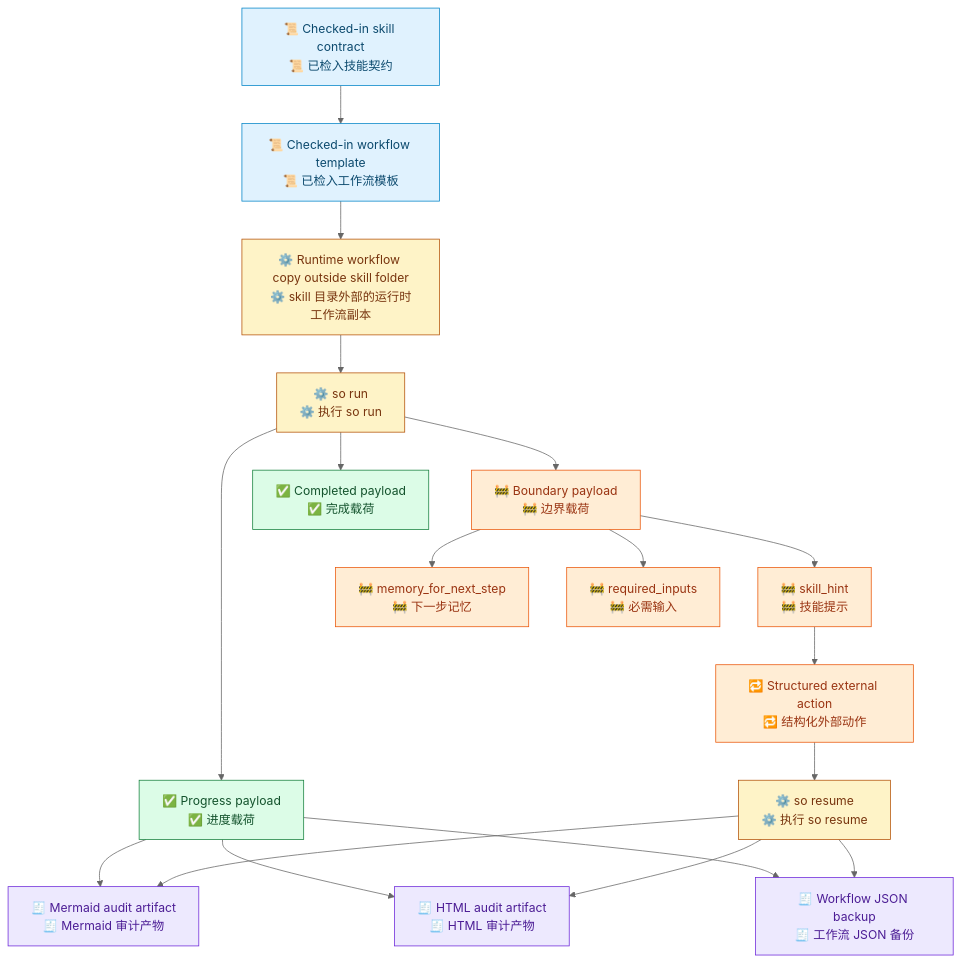
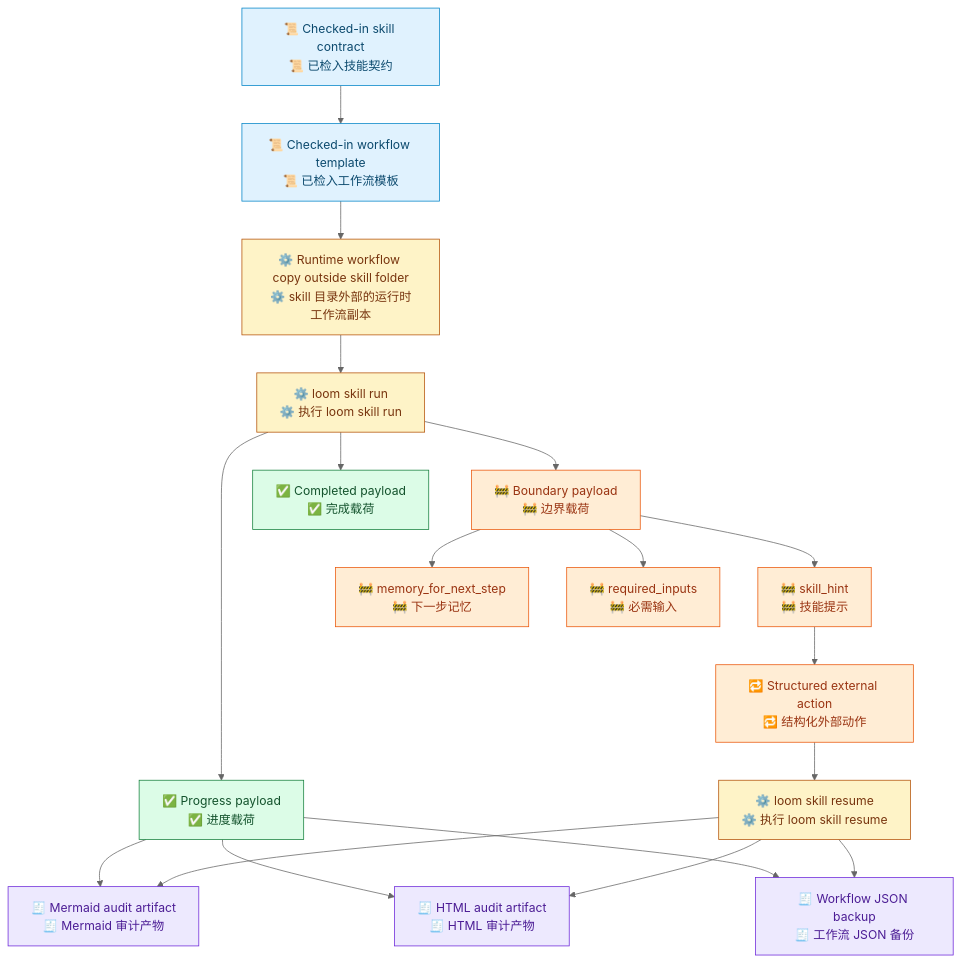
Before and after one commit to waynebaby/Techne-Loom: the second of 2 diagrams in README.zh-CN.md, drawn with Mermaid (neutral theme). The commit also changed other lines of this file and 130 other files, not shown here.

````diff
--- a/README.zh-CN.md
+++ b/README.zh-CN.md
@@ -351,34 +351,34 @@
 ```mermaid
 flowchart TD
     A["📜 Checked-in skill contract<br/>📜 已检入技能契约"] --> B["📜 Checked-in workflow template<br/>📜 已检入工作流模板"]
     B --> C["⚙️ Runtime workflow copy outside skill folder<br/>⚙️ skill 目录外部的运行时工作流副本"]
-    C --> D["⚙️ so run<br/>⚙️ 执行 so run"]
+    C --> D["⚙️ loom skill run<br/>⚙️ 执行 loom skill run"]
     D --> E["✅ Progress payload<br/>✅ 进度载荷"]
     D --> F["🚧 Boundary payload<br/>🚧 边界载荷"]
     D --> G["✅ Completed payload<br/>✅ 完成载荷"]
     E --> H["🧾 Mermaid audit artifact<br/>🧾 Mermaid 审计产物"]
     E --> I["🧾 HTML audit artifact<br/>🧾 HTML 审计产物"]
     E --> J["🧾 Workflow JSON backup<br/>🧾 工作流 JSON 备份"]
     F --> K["🚧 skill_hint<br/>🚧 技能提示"]
     F --> L["🚧 memory_for_next_step<br/>🚧 下一步记忆"]
     F --> M["🚧 required_inputs<br/>🚧 必需输入"]
     K --> N["🔁 Structured external action<br/>🔁 结构化外部动作"]
-    N --> O["⚙️ so resume<br/>⚙️ 执行 so resume"]
+    N --> O["⚙️ loom skill resume<br/>⚙️ 执行 loom skill resume"]
     O --> H
     O --> I
     O --> J
 
     classDef contract fill:#E0F2FE,stroke:#0284C7,color:#0C4A6E;
     classDef runtime fill:#FEF3C7,stroke:#B45309,color:#78350F;
     classDef output fill:#DCFCE7,stroke:#15803D,color:#14532D;
     classDef boundary fill:#FFEDD5,stroke:#EA580C,color:#9A3412;
     classDef audit fill:#EDE9FE,stroke:#6D28D9,color:#4C1D95;
 
     class A,B contract;
     class C,D,O runtime;
     class E,G output;
     class F,K,L,M boundary;
     class H,I,J audit;
 
     class N boundary;
 ```
````
